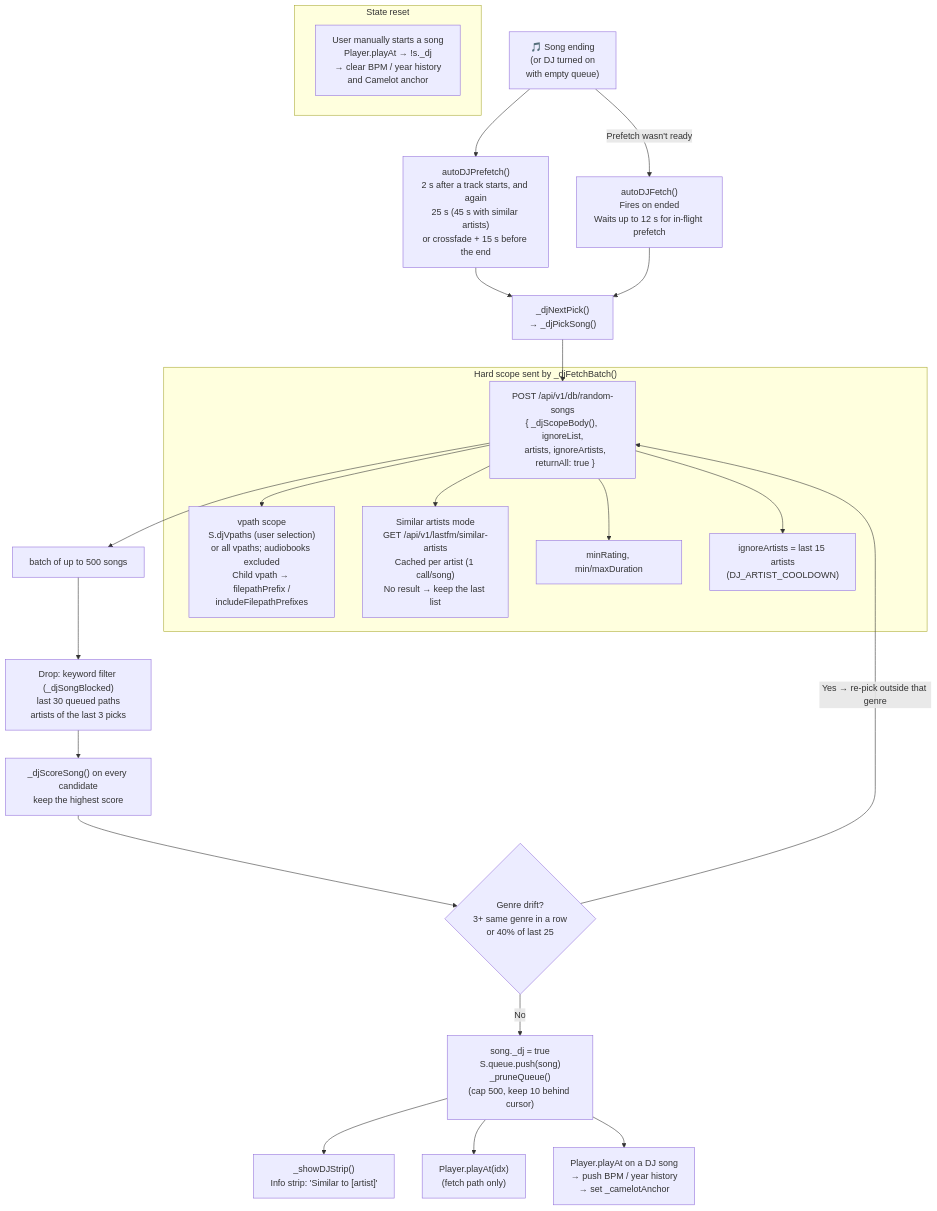
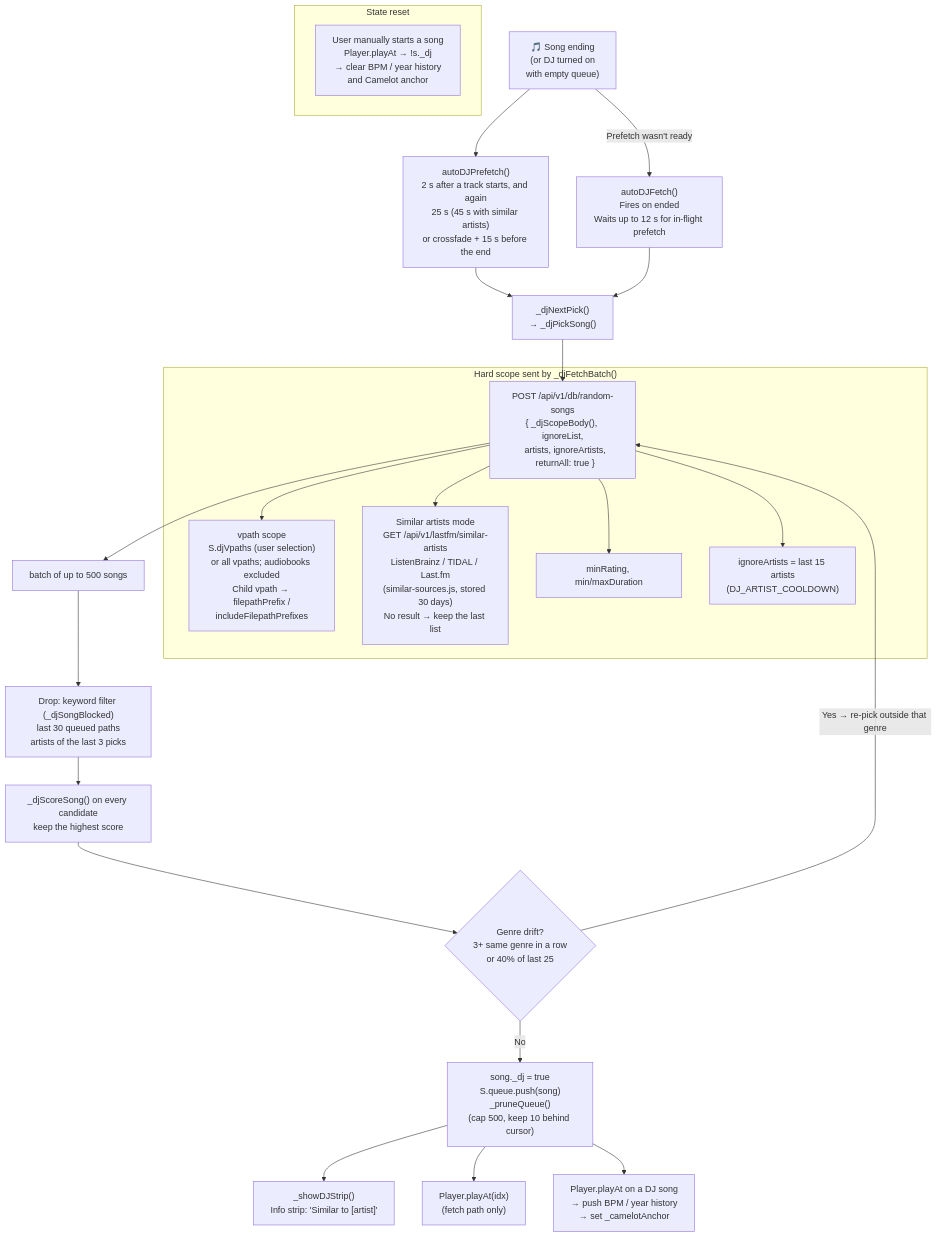
The fourth of 7 diagrams in docs/architecture.md (aroundmyroom/Velvet), drawn with Mermaid before and after one commit. The commit also changed other lines of this file and 53 other files, not shown here.

Commit message:
v0.10.5: Similar artists without Last.fm

````diff
--- a/docs/architecture.md
+++ b/docs/architecture.md
@@ -259,39 +260,39 @@
 ```mermaid
 flowchart TD
     SONGEND["🎵 Song ending\n(or DJ turned on\nwith empty queue)"]
 
     SONGEND --> PREFETCH["autoDJPrefetch()\n2 s after a track starts, and again\n25 s (45 s with similar artists)\nor crossfade + 15 s before the end"]
     SONGEND -->|"Prefetch wasn't ready"| FETCH["autoDJFetch()\nFires on ended\nWaits up to 12 s for in-flight prefetch"]
 
     PREFETCH --> PICK
     FETCH --> PICK
 
     PICK["_djNextPick()\n→ _djPickSong()"] --> DJAPI
 
     subgraph "Hard scope sent by _djFetchBatch()"
         DJAPI["POST /api/v1/db/random-songs\n{ _djScopeBody(), ignoreList,\n  artists, ignoreArtists,\n  returnAll: true }"]
 
         VPATHS["vpath scope\nS.djVpaths (user selection)\nor all vpaths; audiobooks excluded\nChild vpath → filepathPrefix /\nincludeFilepathPrefixes"]
-        SIMILAR["Similar artists mode\nGET /api/v1/lastfm/similar-artists\nCached per artist (1 call/song)\nNo result → keep the last list"]
+        SIMILAR["Similar artists mode\nGET /api/v1/lastfm/similar-artists\nListenBrainz / TIDAL / Last.fm\n(similar-sources.js, stored 30 days)\nNo result → keep the last list"]
         RATING["minRating, min/maxDuration"]
         COOL["ignoreArtists = last 15 artists\n(DJ_ARTIST_COOLDOWN)"]
     end
 
     DJAPI --> VPATHS & SIMILAR & RATING & COOL
 
     DJAPI --> BATCH["batch of up to 500 songs"]
 
     BATCH --> FILTER["Drop: keyword filter (_djSongBlocked)\nlast 30 queued paths\nartists of the last 3 picks"]
     FILTER --> SCORE["_djScoreSong() on every candidate\nkeep the highest score"]
     SCORE --> ESCAPE{"Genre drift?\n3+ same genre in a row\nor 40% of last 25"}
     ESCAPE -->|"Yes → re-pick outside that genre"| DJAPI
     ESCAPE -->|"No"| PUSH["song._dj = true\nS.queue.push(song)\n_pruneQueue()\n(cap 500, keep 10 behind cursor)"]
 
     PUSH --> STRIP["_showDJStrip()\nInfo strip: 'Similar to [artist]'"]
     PUSH --> PLAY2["Player.playAt(idx)\n(fetch path only)"]
     PUSH --> ANCHOR["Player.playAt on a DJ song\n→ push BPM / year history\n→ set _camelotAnchor"]
 
     subgraph "State reset"
         MANPICK["User manually starts a song\nPlayer.playAt → !s._dj\n→ clear BPM / year history\nand Camelot anchor"]
     end
 ```
````
